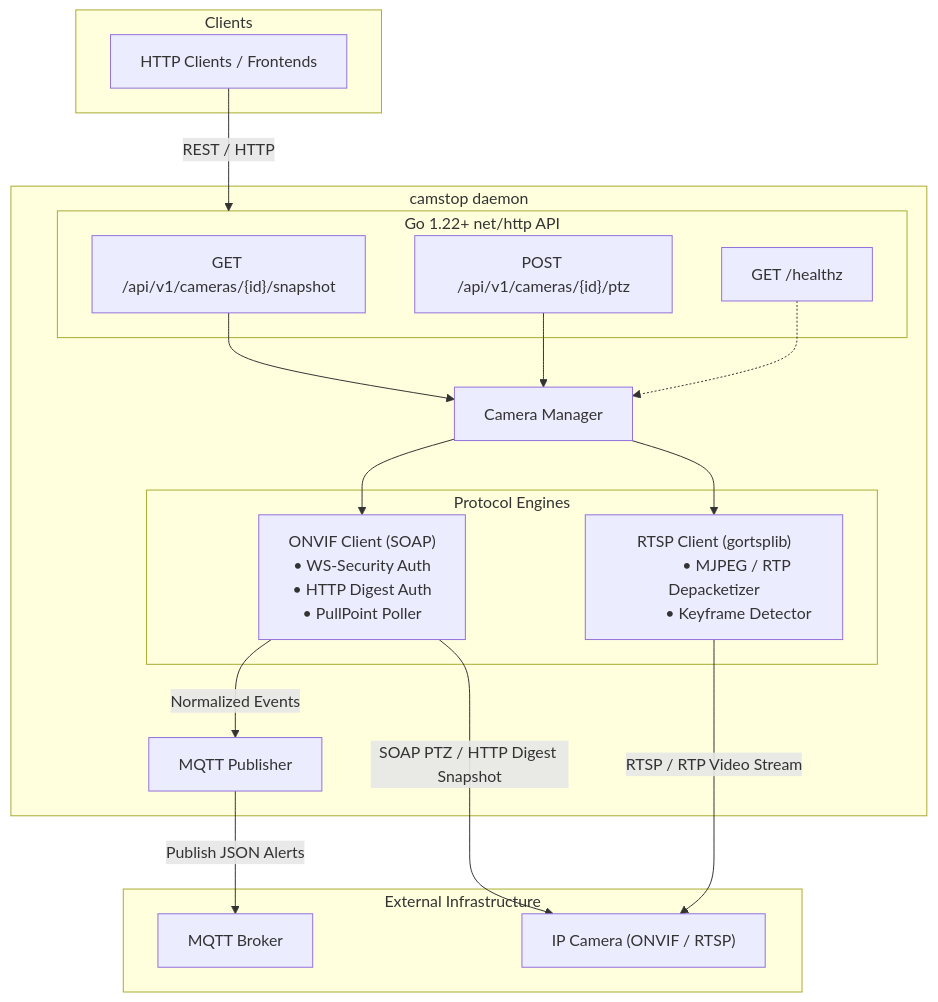
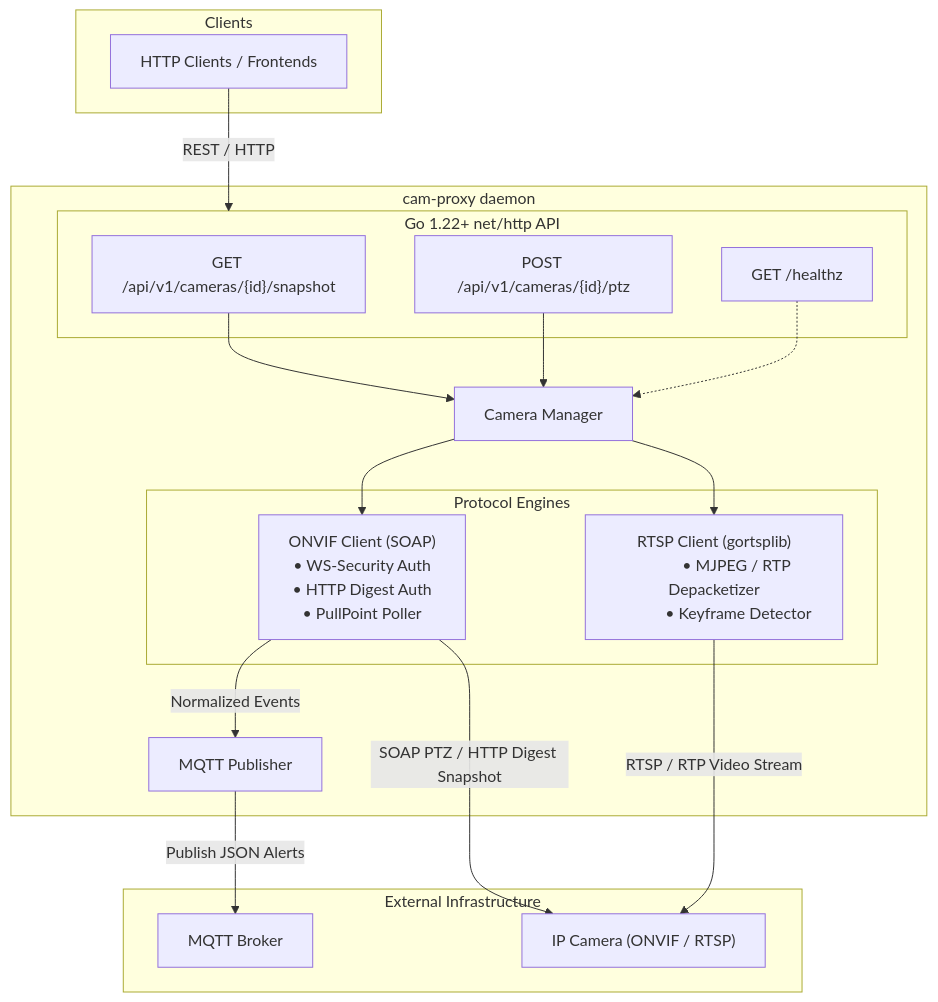
The diagram in README.md (smford/cam-proxy), drawn with Mermaid before and after one commit. The commit also changed other lines of this file and 36 other files, not shown here.

Commit message:
refactor: rename project from camstop to cam-proxy

````diff
--- a/README.md
+++ b/README.md
@@ -14,48 +14,48 @@
 ```mermaid
 flowchart TD
     subgraph Clients["Clients"]
         HTTPClients["HTTP Clients / Frontends"]
     end
 
-    subgraph Daemon["camstop daemon"]
+    subgraph Daemon["cam-proxy daemon"]
         subgraph API["Go 1.22+ net/http API"]
             SnapshotEP["GET /api/v1/cameras/{id}/snapshot"]
             PTZEP["POST /api/v1/cameras/{id}/ptz"]
             HealthzEP["GET /healthz"]
         end
 
         Manager["Camera Manager"]
 
         subgraph Protocols["Protocol Engines"]
             ONVIF["ONVIF Client (SOAP)
             • WS-Security Auth
             • HTTP Digest Auth
             • PullPoint Poller"]
 
             RTSP["RTSP Client (gortsplib)
             • MJPEG / RTP Depacketizer
             • Keyframe Detector"]
         end
 
         MQTTPub["MQTT Publisher"]
     end
 
     subgraph External["External Infrastructure"]
         Broker["MQTT Broker"]
         Camera["IP Camera (ONVIF / RTSP)"]
     end
 
     HTTPClients -->|REST / HTTP| API
     SnapshotEP --> Manager
     PTZEP --> Manager
     HealthzEP -.-> Manager
 
     Manager --> ONVIF
     Manager --> RTSP
 
     ONVIF -->|SOAP PTZ / HTTP Digest Snapshot| Camera
     RTSP -->|RTSP / RTP Video Stream| Camera
 
     ONVIF -->|Normalized Events| MQTTPub
     MQTTPub -->|Publish JSON Alerts| Broker
 ```
````
